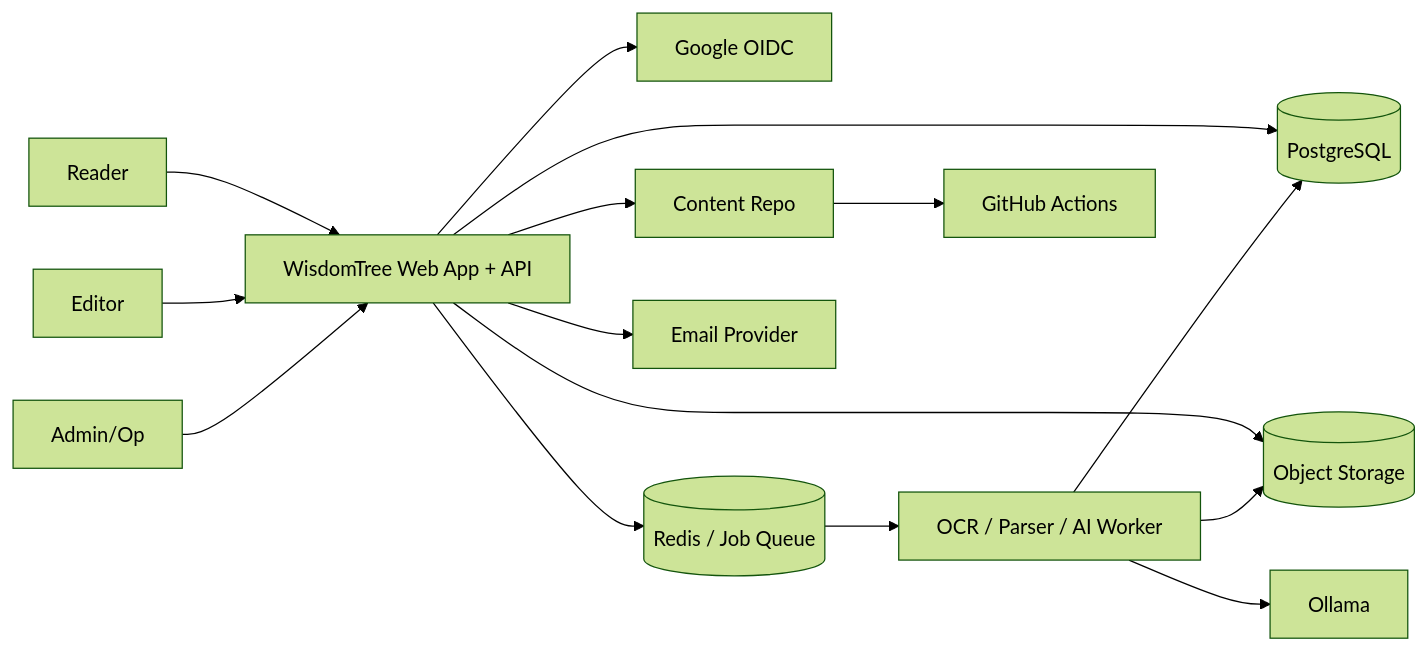
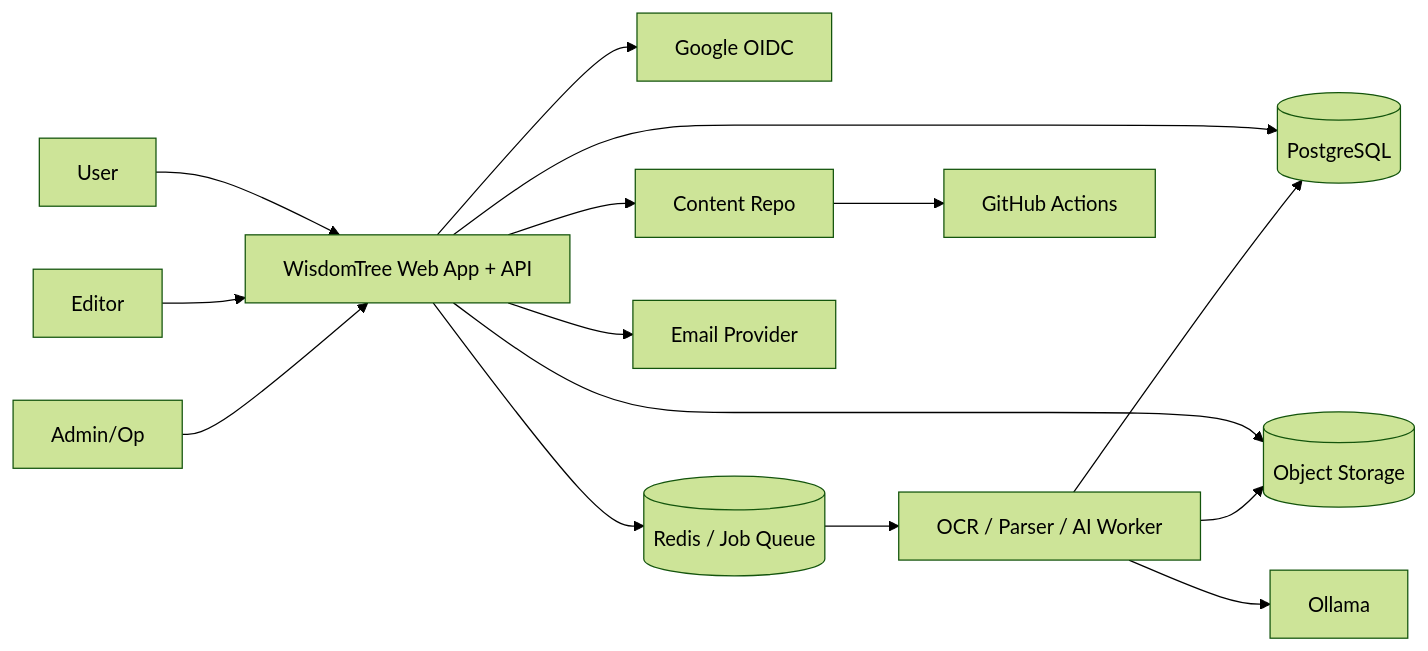
Before and after one commit to chicuongwg/WisdomTree: the diagram in docs/system/system-context.md, drawn with Mermaid (forest theme). The commit also changed other lines of this file and 34 other files, not shown here.

First line of the commit message:
docs: redesign accountability model and user-facing flows

````diff
--- a/docs/system/system-context.md
+++ b/docs/system/system-context.md
@@ -45,31 +45,31 @@
 ```mermaid
 flowchart LR
-    Reader[Reader]
+    User[User]
     Editor[Editor]
     Admin[Admin/Op]
     OIDC[Google OIDC]
     App[WisdomTree Web App + API]
     DB[(PostgreSQL)]
     Redis[(Redis / Job Queue)]
     Store[(Object Storage)]
     Worker[OCR / Parser / AI Worker]
     Ollama[Ollama]
     Repo[Content Repo]
     CI[GitHub Actions]
     Email[Email Provider]
 
-    Reader --> App
+    User --> App
     Editor --> App
     Admin --> App
     App --> OIDC
     App --> DB
     App --> Redis
     App --> Store
     Redis --> Worker
     Worker --> Store
     Worker --> DB
     Worker --> Ollama
     App --> Repo
     Repo --> CI
     App --> Email
 ```
````
